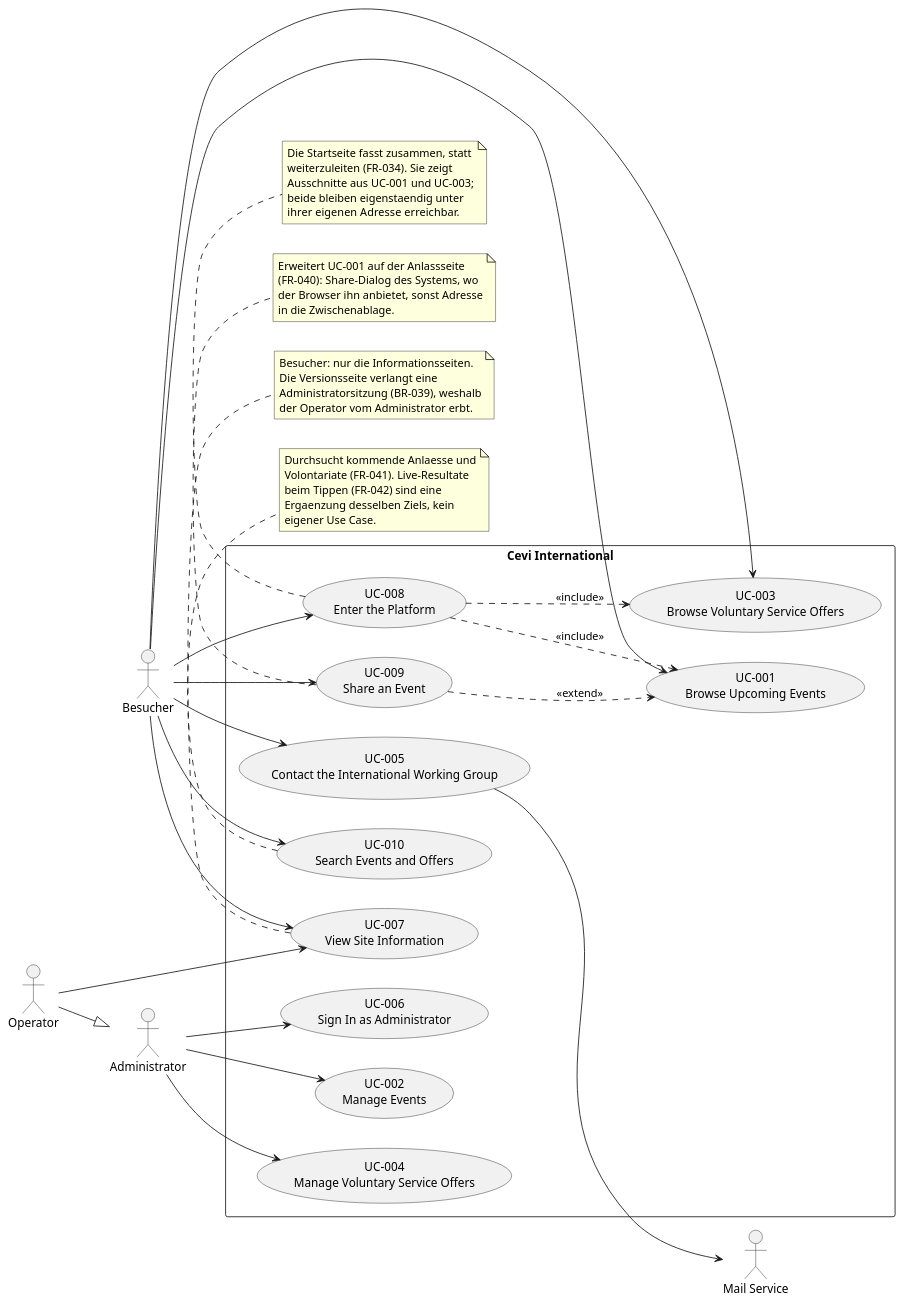
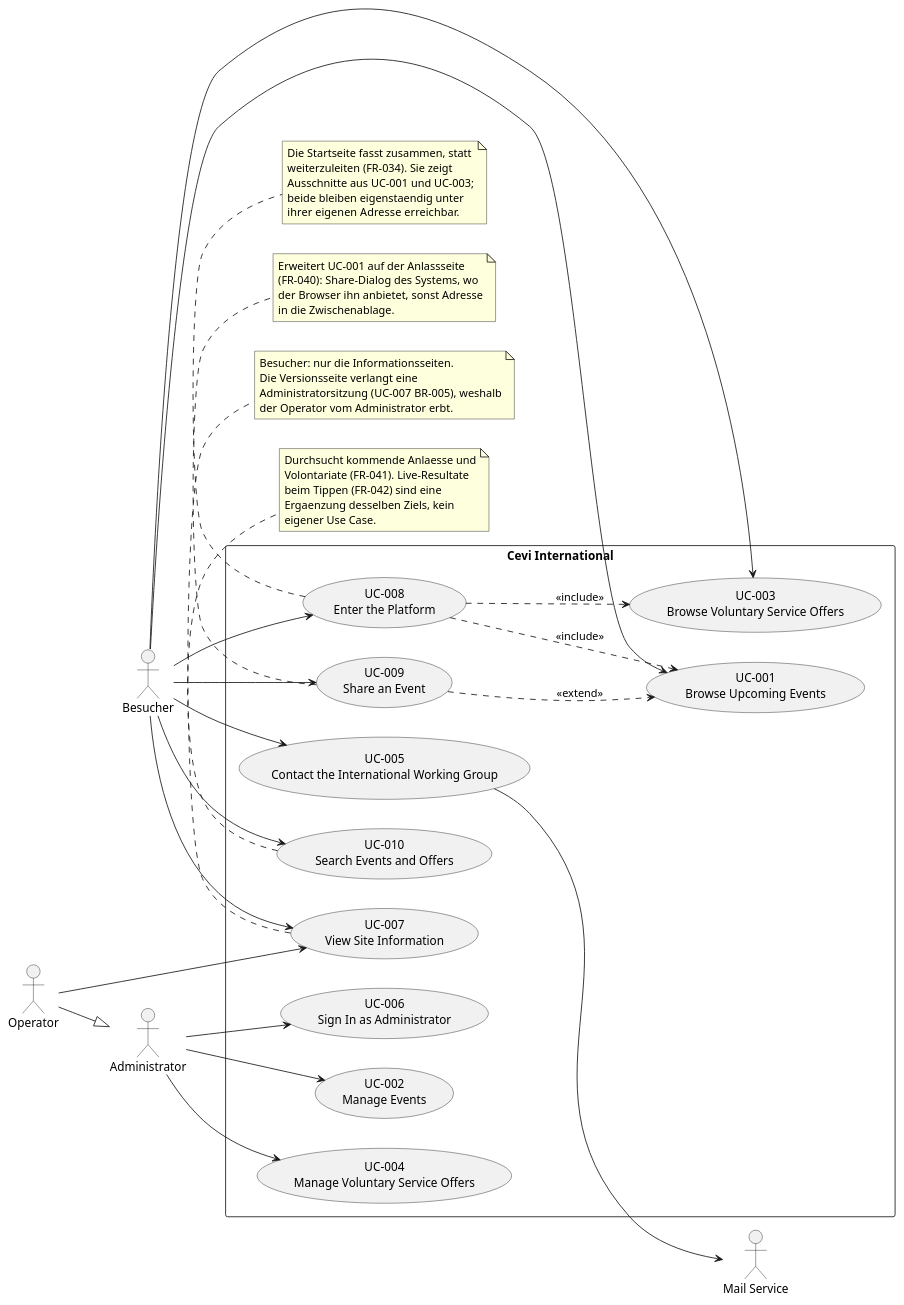
The diagram in docs/use_cases.puml (CeviFGI/cevi-int), drawn with PlantUML before and after one commit. The commit also changed 51 other files, not shown here.

```diff
--- a/docs/use_cases.puml
+++ b/docs/use_cases.puml
@@ -1,74 +1,74 @@
 @startuml Use Cases Overview
 left to right direction
 
 actor "Besucher" as visitor
 actor "Administrator" as admin
 actor "Operator" as operator
 actor "Mail Service" as mail
 
 operator --|> admin
 
 rectangle "Cevi International" {
     usecase "UC-001\nBrowse Upcoming Events" as UC001
     usecase "UC-002\nManage Events" as UC002
     usecase "UC-003\nBrowse Voluntary Service Offers" as UC003
     usecase "UC-004\nManage Voluntary Service Offers" as UC004
     usecase "UC-005\nContact the International Working Group" as UC005
     usecase "UC-006\nSign In as Administrator" as UC006
     usecase "UC-007\nView Site Information" as UC007
     usecase "UC-008\nEnter the Platform" as UC008
     usecase "UC-009\nShare an Event" as UC009
     usecase "UC-010\nSearch Events and Offers" as UC010
 }
 
 visitor --> UC001
 visitor --> UC003
 visitor --> UC005
 visitor --> UC007
 visitor --> UC008
 visitor --> UC009
 visitor --> UC010
 
 admin --> UC002
 admin --> UC004
 admin --> UC006
 
 operator --> UC007
 
 UC005 --> mail
 
 UC008 ..> UC001 : <<include>>
 UC008 ..> UC003 : <<include>>
 UC009 ..> UC001 : <<extend>>
 
 note bottom of UC007
   Besucher: nur die Informationsseiten.
   Die Versionsseite verlangt eine
-  Administratorsitzung (BR-039), weshalb
+  Administratorsitzung (UC-007 BR-005), weshalb
   der Operator vom Administrator erbt.
 end note
 
 note bottom of UC008
   Die Startseite fasst zusammen, statt
   weiterzuleiten (FR-034). Sie zeigt
   Ausschnitte aus UC-001 und UC-003;
   beide bleiben eigenstaendig unter
   ihrer eigenen Adresse erreichbar.
 end note
 
 note bottom of UC009
   Erweitert UC-001 auf der Anlassseite
   (FR-040): Share-Dialog des Systems, wo
   der Browser ihn anbietet, sonst Adresse
   in die Zwischenablage.
 end note
 
 note bottom of UC010
   Durchsucht kommende Anlaesse und
   Volontariate (FR-041). Live-Resultate
   beim Tippen (FR-042) sind eine
   Ergaenzung desselben Ziels, kein
   eigener Use Case.
 end note
 
 @enduml
```
